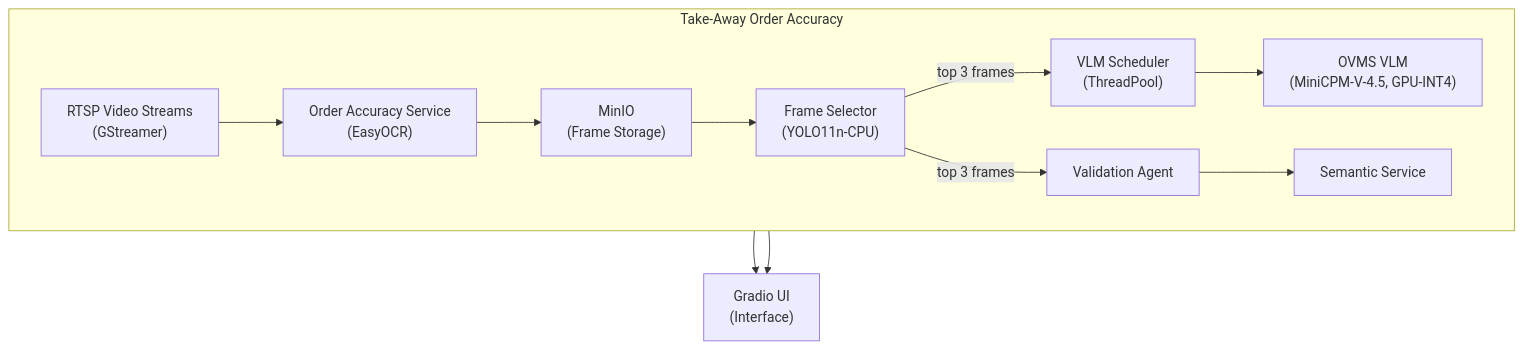
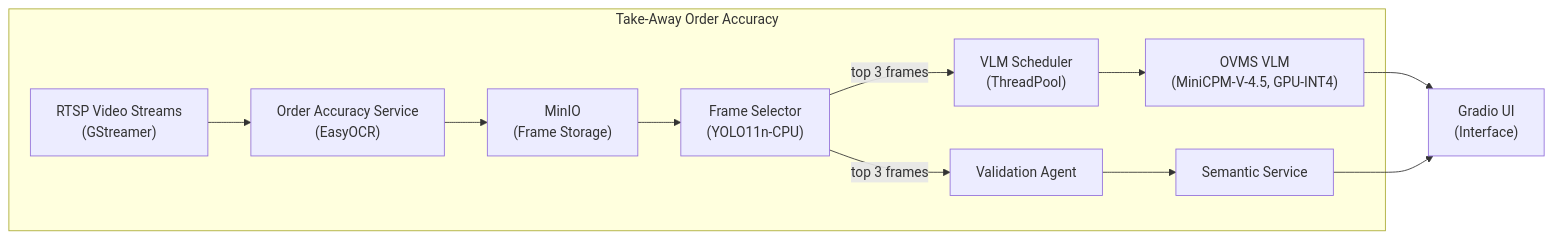
One commit to intel-retail/order-accuracy changed the first of 5 diagrams in docs/user-guide/take-away/how-it-works.md. Above: the diagram before and after it, drawn with Mermaid. The commit also changed other lines of this file and 7 other files, not shown here.

Commit message:
[DOCS][Take-Away] Update ASCII diagrams to SVG or Mermaid

````diff
--- a/docs/user-guide/take-away/how-it-works.md
+++ b/docs/user-guide/take-away/how-it-works.md
@@ -9,16 +9,15 @@
 ```mermaid
-flowchart TB
+flowchart LR
   subgraph SYS["Take-Away Order Accuracy"]
-    direction LR
     rtsp["RTSP Video Streams<br/>(GStreamer)"] --> oas["Order Accuracy Service<br/>(EasyOCR)"]
     oas --> minio["MinIO<br/>(Frame Storage)"]
     minio --> selector["Frame Selector<br/>(YOLO11n-CPU)"]
     selector -->|top 3 frames| scheduler["VLM Scheduler<br/>(ThreadPool)"]
     selector -->|top 3 frames| validation["Validation Agent"]
     scheduler --> ovms["OVMS VLM<br/>(MiniCPM-V-4.5, GPU-INT4)"]
     validation --> semantic["Semantic Service"]
   end
 
   ovms --> ui["Gradio UI<br/>(Interface)"]
   semantic --> ui
 ```
````
